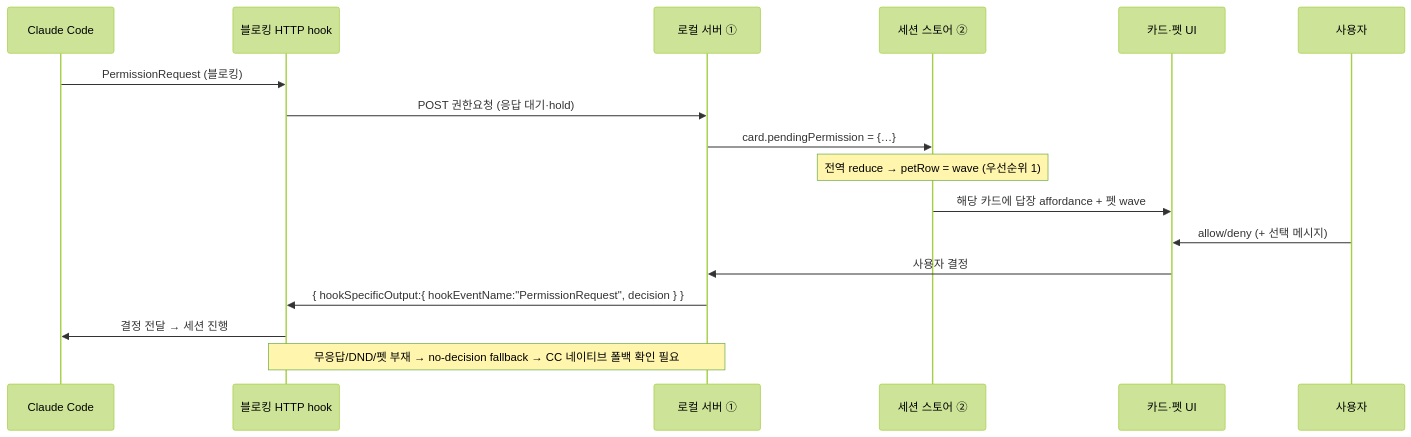
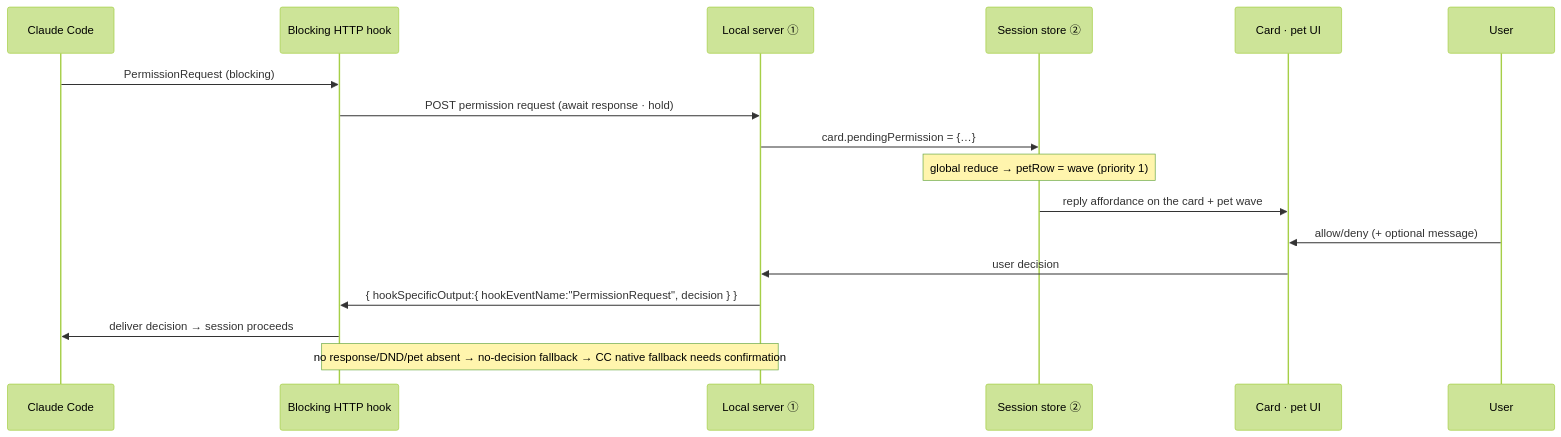
Before and after one commit to amsminn/Claude-Pet: the second of 4 diagrams in docs/03-state-engine/state-machine.md, drawn with Mermaid (forest theme). The commit also changed other lines of this file and 48 other files, not shown here.

````diff
--- a/docs/03-state-engine/state-machine.md
+++ b/docs/03-state-engine/state-machine.md
@@ -229,20 +229,20 @@
 ```mermaid
 sequenceDiagram
     participant CC as Claude Code
-    participant Hook as 블로킹 HTTP hook
-    participant Srv as 로컬 서버 ①
-    participant St as 세션 스토어 ②
-    participant UI as 카드·펫 UI
-    participant User as 사용자
+    participant Hook as Blocking HTTP hook
+    participant Srv as Local server ①
+    participant St as Session store ②
+    participant UI as Card · pet UI
+    participant User as User
 
-    CC->>Hook: PermissionRequest (블로킹)
-    Hook->>Srv: POST 권한요청 (응답 대기·hold)
+    CC->>Hook: PermissionRequest (blocking)
+    Hook->>Srv: POST permission request (await response · hold)
     Srv->>St: card.pendingPermission = {…}
-    Note over St: 전역 reduce → petRow = wave (우선순위 1)
-    St->>UI: 해당 카드에 답장 affordance + 펫 wave
-    User->>UI: allow/deny (+ 선택 메시지)
-    UI->>Srv: 사용자 결정
+    Note over St: global reduce → petRow = wave (priority 1)
+    St->>UI: reply affordance on the card + pet wave
+    User->>UI: allow/deny (+ optional message)
+    UI->>Srv: user decision
     Srv->>Hook: { hookSpecificOutput:{ hookEventName:"PermissionRequest", decision } }
-    Hook->>CC: 결정 전달 → 세션 진행
-    Note over Srv,Hook: 무응답/DND/펫 부재 → no-decision fallback → CC 네이티브 폴백 확인 필요
+    Hook->>CC: deliver decision → session proceeds
+    Note over Srv,Hook: no response/DND/pet absent → no-decision fallback → CC native fallback needs confirmation
 ```
````
